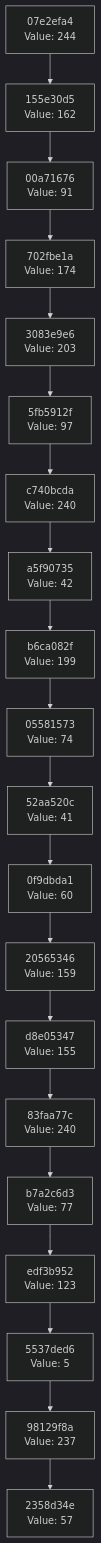
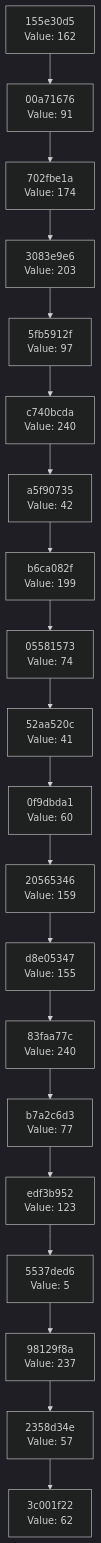
One commit to Abhisheksinha1506/hash-chain-evolver changed the diagram in docs/CHAIN_VISUALIZATION.md. Above: the diagram before and after it, drawn with Mermaid (dark theme). The commit also changed 3 other files, not shown here.

````diff
--- a/docs/CHAIN_VISUALIZATION.md
+++ b/docs/CHAIN_VISUALIZATION.md
@@ -3,42 +3,42 @@
 ```mermaid
 graph TD
-    C0["2358d34e<br/>Value: 57"]
-    C1["98129f8a<br/>Value: 237"]
+    C0["3c001f22<br/>Value: 62"]
+    C1["2358d34e<br/>Value: 57"]
     C1 --> C0
-    C2["5537ded6<br/>Value: 5"]
+    C2["98129f8a<br/>Value: 237"]
     C2 --> C1
-    C3["edf3b952<br/>Value: 123"]
+    C3["5537ded6<br/>Value: 5"]
     C3 --> C2
-    C4["b7a2c6d3<br/>Value: 77"]
+    C4["edf3b952<br/>Value: 123"]
     C4 --> C3
-    C5["83faa77c<br/>Value: 240"]
+    C5["b7a2c6d3<br/>Value: 77"]
     C5 --> C4
-    C6["d8e05347<br/>Value: 155"]
+    C6["83faa77c<br/>Value: 240"]
     C6 --> C5
-    C7["20565346<br/>Value: 159"]
+    C7["d8e05347<br/>Value: 155"]
     C7 --> C6
-    C8["0f9dbda1<br/>Value: 60"]
+    C8["20565346<br/>Value: 159"]
     C8 --> C7
-    C9["52aa520c<br/>Value: 41"]
+    C9["0f9dbda1<br/>Value: 60"]
     C9 --> C8
-    C10["05581573<br/>Value: 74"]
+    C10["52aa520c<br/>Value: 41"]
     C10 --> C9
-    C11["b6ca082f<br/>Value: 199"]
+    C11["05581573<br/>Value: 74"]
     C11 --> C10
-    C12["a5f90735<br/>Value: 42"]
+    C12["b6ca082f<br/>Value: 199"]
     C12 --> C11
-    C13["c740bcda<br/>Value: 240"]
+    C13["a5f90735<br/>Value: 42"]
     C13 --> C12
-    C14["5fb5912f<br/>Value: 97"]
+    C14["c740bcda<br/>Value: 240"]
     C14 --> C13
-    C15["3083e9e6<br/>Value: 203"]
+    C15["5fb5912f<br/>Value: 97"]
     C15 --> C14
-    C16["702fbe1a<br/>Value: 174"]
+    C16["3083e9e6<br/>Value: 203"]
     C16 --> C15
-    C17["00a71676<br/>Value: 91"]
+    C17["702fbe1a<br/>Value: 174"]
     C17 --> C16
-    C18["155e30d5<br/>Value: 162"]
+    C18["00a71676<br/>Value: 91"]
     C18 --> C17
-    C19["07e2efa4<br/>Value: 244"]
+    C19["155e30d5<br/>Value: 162"]
     C19 --> C18
 ```
````
